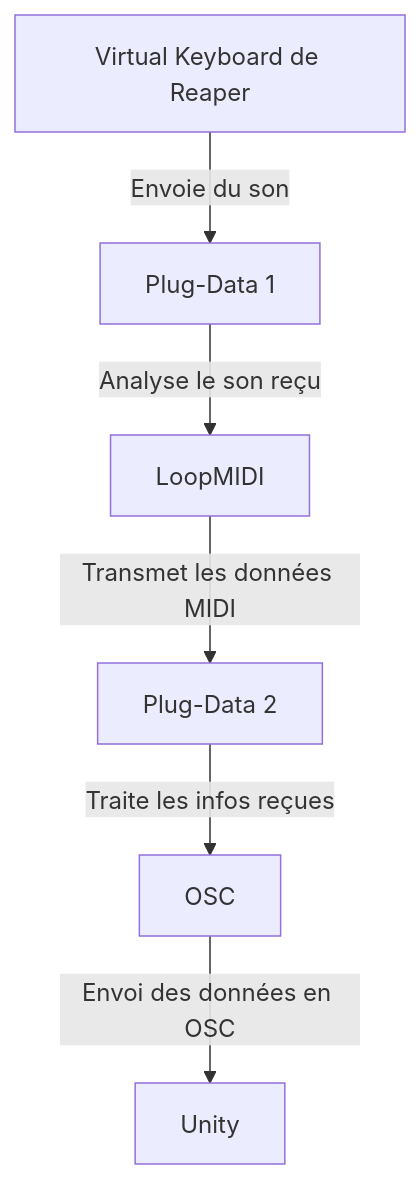
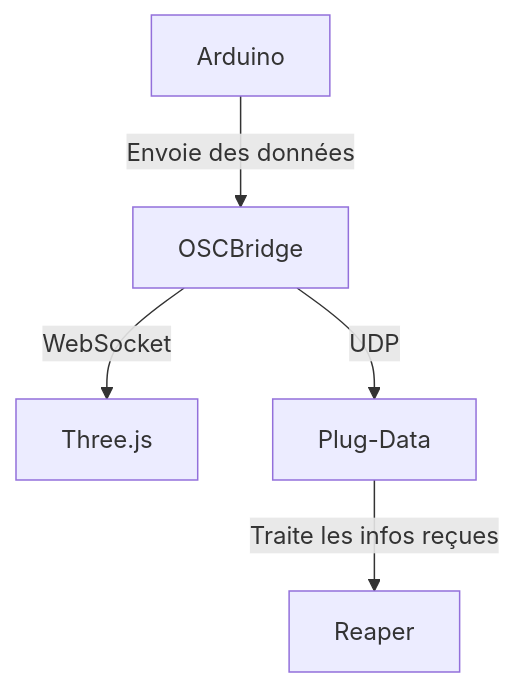
One commit to Escapism-Fuga/Fuga changed the first of 2 diagrams in 30_production/30_synoptique/README.md. Above: the diagram before and after it, drawn with Mermaid. The commit also changed other lines of this file, not shown here.

`````diff
--- a/30_production/30_synoptique/README.md
+++ b/30_production/30_synoptique/README.md
@@ -5,8 +5,8 @@
 ````mermaid
 graph TD
-    A[Virtual Keyboard de Reaper] -->|Envoie du son| B[Plug-Data 1]
-    B -->|Analyse le son reçu| C[LoopMIDI]
-    C -->|Transmet les données MIDI| D[Plug-Data 2]
-    D -->|Traite les infos reçues| E[OSC]
-    E -->|Envoi des données en OSC| F[Unity]
+    A[Arduino] -->|Envoie des données| B[OSCBridge]
+    B -->|WebSocket| C[Three.js]
+    B -->|UDP| D[Plug-Data]
+    D -->|Traite les infos reçues| E[Reaper]
+
 ````
`````
